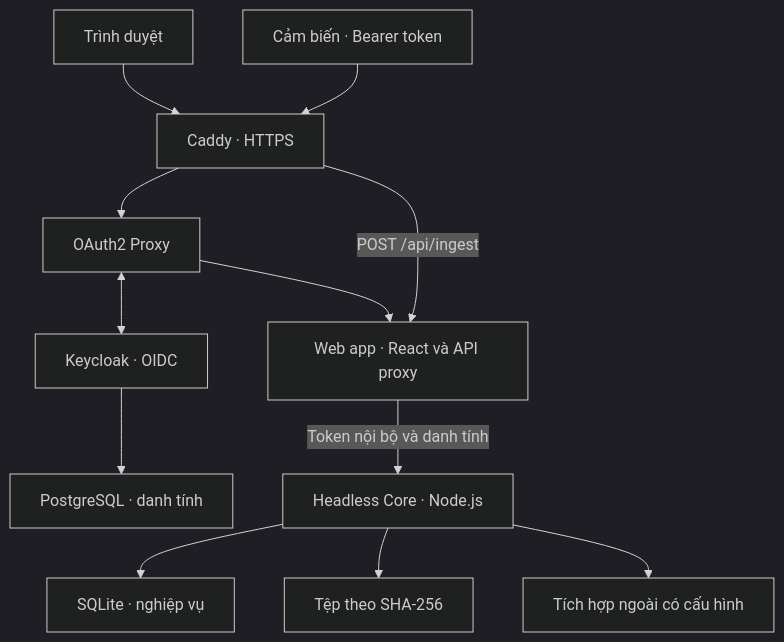
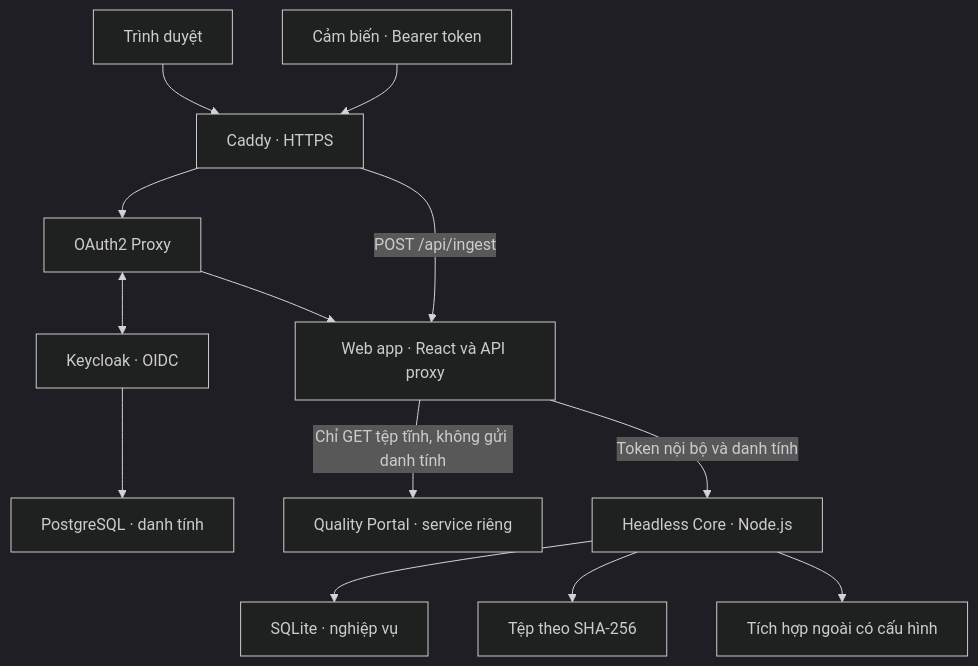
The diagram in README.md (ngochieu1762005/dx_trace), drawn with Mermaid (dark theme) before and after one commit. The commit also changed other lines of this file and 27 other files, not shown here.

First line of the commit message:
feat: deliver independent quality portal on DX-TRACE Open-Core

````diff
--- a/README.md
+++ b/README.md
@@ -89,14 +91,15 @@
 ```mermaid
 flowchart TD
     Browser["Trình duyệt"] --> Edge["Caddy · HTTPS"]
     Device["Cảm biến · Bearer token"] --> Edge
     Edge --> Signin["OAuth2 Proxy"]
     Signin <--> Identity["Keycloak · OIDC"]
     Identity --> IdentityDB["PostgreSQL · danh tính"]
     Signin --> App["Web app · React và API proxy"]
     Edge -->|"POST /api/ingest"| App
+    App -->|"Chỉ GET tệp tĩnh, không gửi danh tính"| QA["Quality Portal · service riêng"]
     App -->|"Token nội bộ và danh tính"| Core["Headless Core · Node.js"]
     Core --> SQL["SQLite · nghiệp vụ"]
     Core --> Objects["Tệp theo SHA-256"]
     Core --> Integration["Tích hợp ngoài có cấu hình"]
 ```
````
